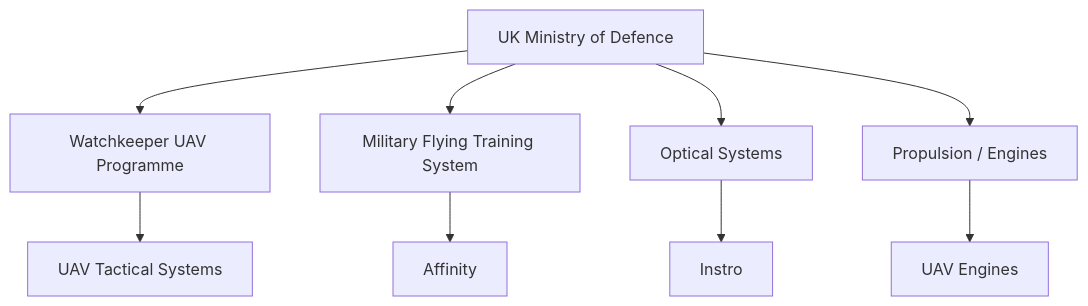
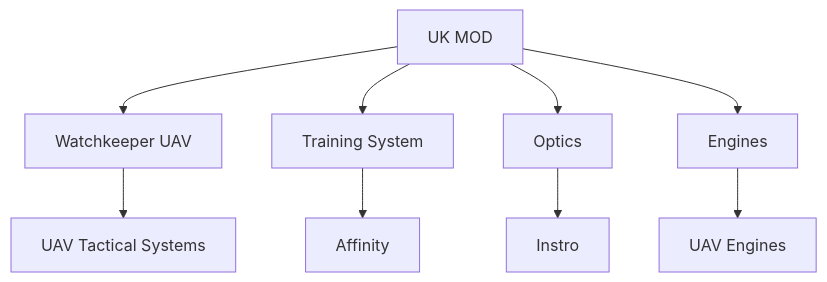
The third of 4 diagrams in Disruption_Kit/Big_Picture_Protocols/🌀_System_Governance/⚖️_Legal_State_Governance/⚖️_elbit_systems_uk_legal_structure.md (josefsbreakfast/Polaris-Protocol), drawn with Mermaid before and after one commit. The commit also changed other lines of this file, not shown here.

````diff
--- a/Disruption_Kit/Big_Picture_Protocols/🌀_System_Governance/⚖️_Legal_State_Governance/⚖️_elbit_systems_uk_legal_structure.md
+++ b/Disruption_Kit/Big_Picture_Protocols/🌀_System_Governance/⚖️_Legal_State_Governance/⚖️_elbit_systems_uk_legal_structure.md
@@ -90,19 +127,19 @@
 ```mermaid
 flowchart TB
-    MOD[UK Ministry of Defence]
+    MOD[UK MOD]
 
-    WK[Watchkeeper UAV Programme]
-    TR[Military Flying Training System]
-    OP[Optical Systems]
-    EN[Propulsion / Engines]
+    WK[Watchkeeper UAV]
+    TR[Training System]
+    OP[Optics]
+    EN[Engines]
 
     UTS[UAV Tactical Systems]
     AFF[Affinity]
     INS[Instro]
     UEL[UAV Engines]
 
     MOD --> WK --> UTS
     MOD --> TR --> AFF
     MOD --> OP --> INS
     MOD --> EN --> UEL
 ```
````
